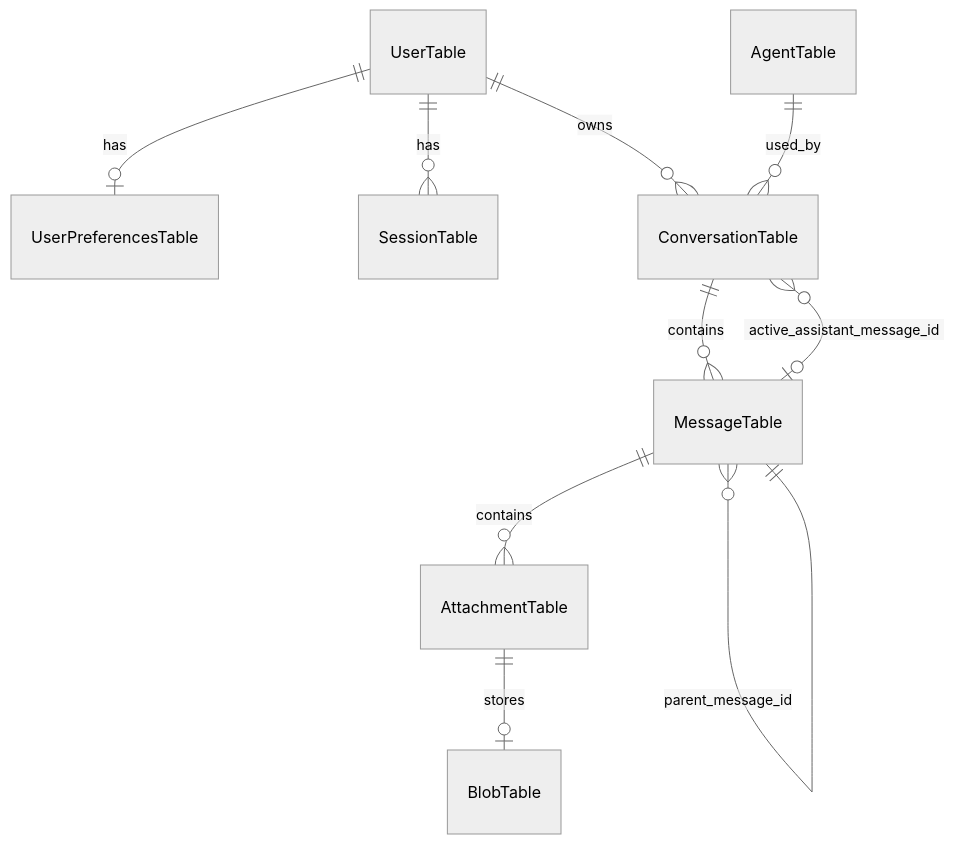
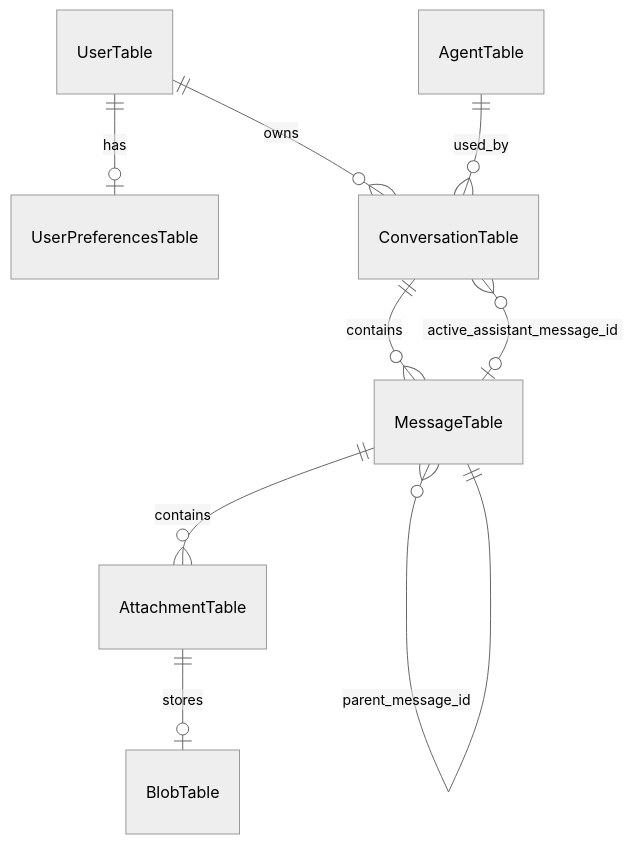
The fourth of 7 diagrams in src/dialogue_bridge/README.md (konstantinosmpouros/mAgenticX), drawn with Mermaid (neutral theme) before and after one commit. The commit also changed other lines of this file and 29 other files, not shown here.

````diff
--- a/src/dialogue_bridge/README.md
+++ b/src/dialogue_bridge/README.md
@@ -180,12 +177,11 @@
 ```mermaid
 erDiagram
     UserTable ||--o| UserPreferencesTable : has
-    UserTable ||--o{ SessionTable : has
     UserTable ||--o{ ConversationTable : owns
     AgentTable ||--o{ ConversationTable : used_by
     ConversationTable ||--o{ MessageTable : contains
     ConversationTable }o--o| MessageTable : active_assistant_message_id
     MessageTable ||--o{ AttachmentTable : contains
     AttachmentTable ||--o| BlobTable : stores
     MessageTable }o--|| MessageTable : parent_message_id
 ```
````
